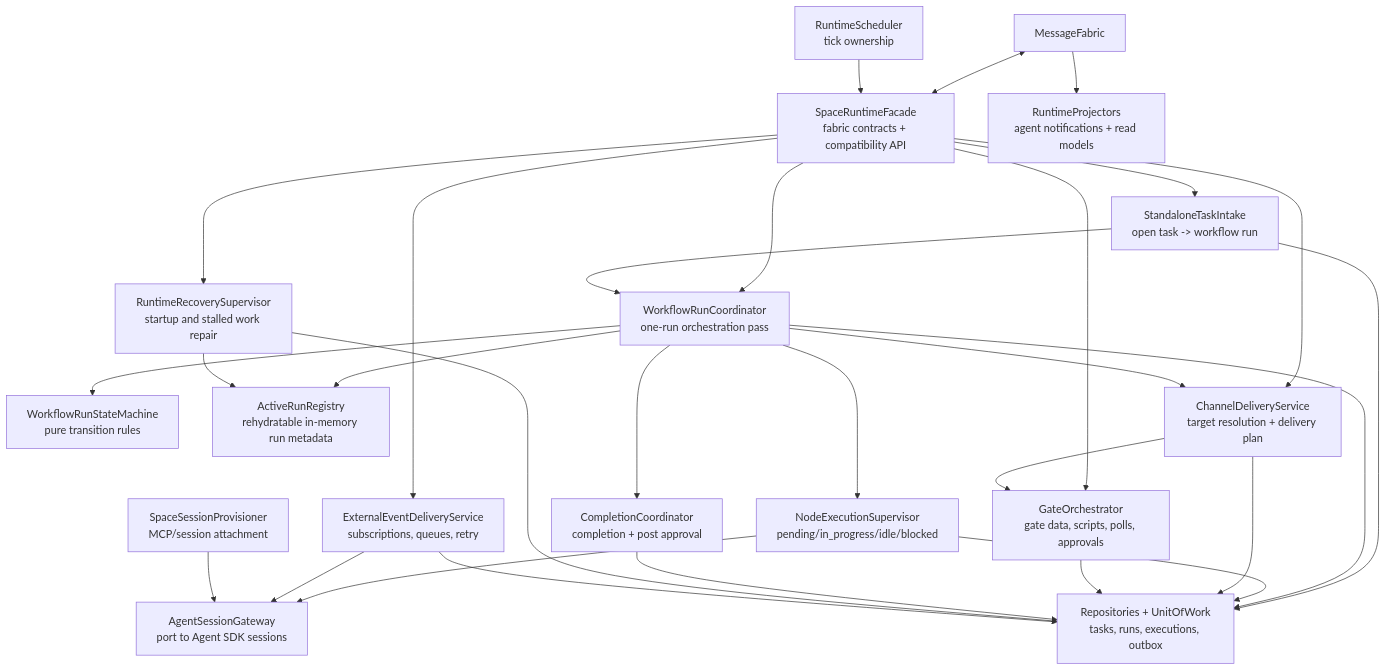
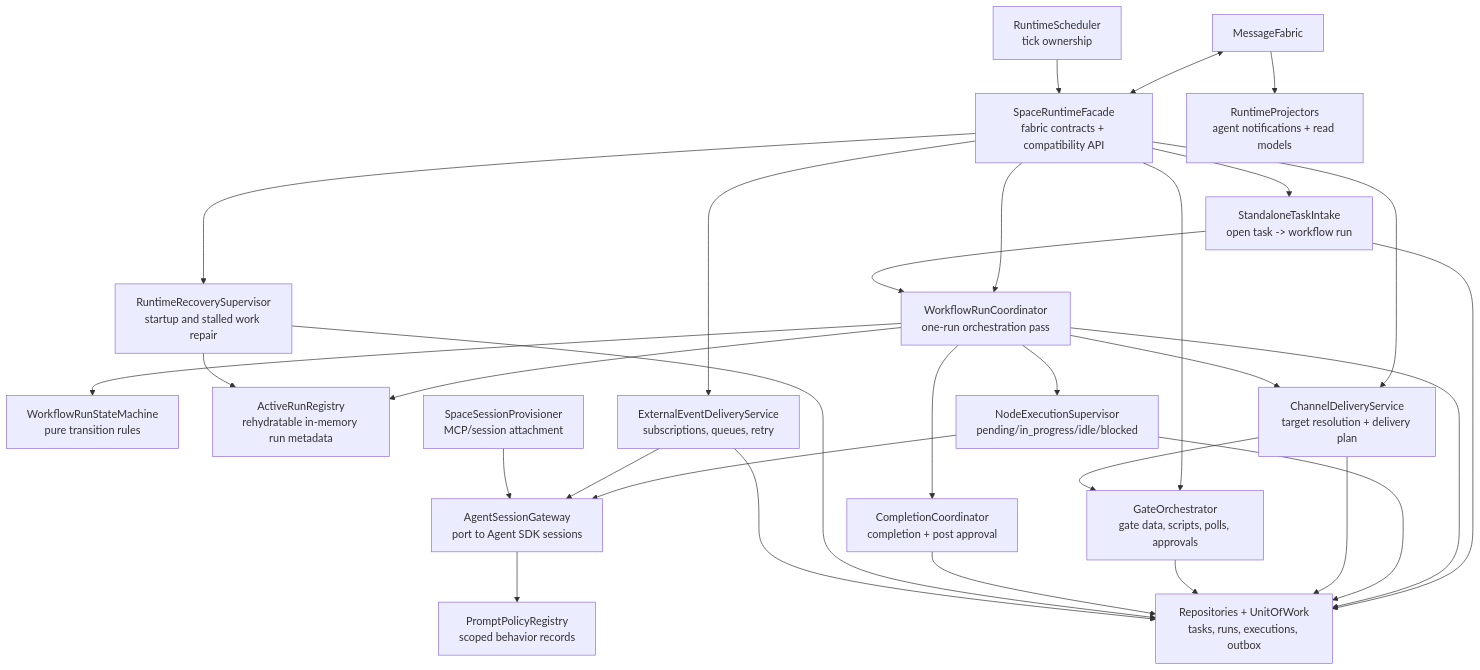
The diagram in docs/architecture/target-architecture/space-runtime-decomposition.md (lsm/HyperNeo), drawn with Mermaid before and after one commit. The commit also changed other lines of this file and 6 other files, not shown here.

Commit message:
docs: add prompt policy to target architecture

````diff
--- a/docs/architecture/target-architecture/space-runtime-decomposition.md
+++ b/docs/architecture/target-architecture/space-runtime-decomposition.md
@@ -62,51 +62,53 @@
 ```mermaid
 flowchart TD
   Fabric["MessageFabric"]
 
   Facade["SpaceRuntimeFacade<br/>fabric contracts + compatibility API"]
   Scheduler["RuntimeScheduler<br/>tick ownership"]
   Intake["StandaloneTaskIntake<br/>open task -> workflow run"]
   Coordinator["WorkflowRunCoordinator<br/>one-run orchestration pass"]
   StateMachine["WorkflowRunStateMachine<br/>pure transition rules"]
   Registry["ActiveRunRegistry<br/>rehydratable in-memory run metadata"]
   Nodes["NodeExecutionSupervisor<br/>pending/in_progress/idle/blocked"]
   Agents["AgentSessionGateway<br/>port to Agent SDK sessions"]
+  PromptPolicy["PromptPolicyRegistry<br/>scoped behavior records"]
   Channels["ChannelDeliveryService<br/>target resolution + delivery plan"]
   Gates["GateOrchestrator<br/>gate data, scripts, polls, approvals"]
   Completion["CompletionCoordinator<br/>completion + post approval"]
   Recovery["RuntimeRecoverySupervisor<br/>startup and stalled work repair"]
   External["ExternalEventDeliveryService<br/>subscriptions, queues, retry"]
   Provisioner["SpaceSessionProvisioner<br/>MCP/session attachment"]
   Stores["Repositories + UnitOfWork<br/>tasks, runs, executions, outbox"]
   Projectors["RuntimeProjectors<br/>agent notifications + read models"]
 
   Fabric <--> Facade
   Scheduler --> Facade
   Facade --> Intake
   Facade --> Coordinator
   Facade --> Channels
   Facade --> Gates
   Facade --> Recovery
   Facade --> External
 
   Intake --> Stores
   Intake --> Coordinator
   Coordinator --> StateMachine
   Coordinator --> Registry
   Coordinator --> Nodes
   Coordinator --> Channels
   Coordinator --> Completion
   Coordinator --> Stores
   Nodes --> Agents
+  Agents --> PromptPolicy
   Nodes --> Stores
   Channels --> Gates
   Channels --> Stores
   Gates --> Stores
   Completion --> Stores
   Recovery --> Registry
   Recovery --> Stores
   External --> Agents
   External --> Stores
   Provisioner --> Agents
   Fabric --> Projectors
 ```
````
